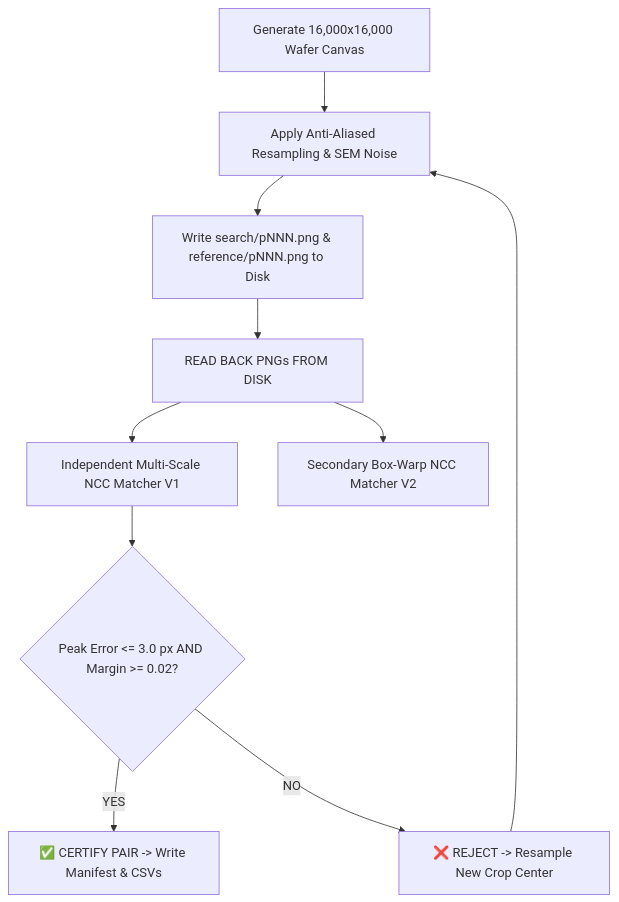
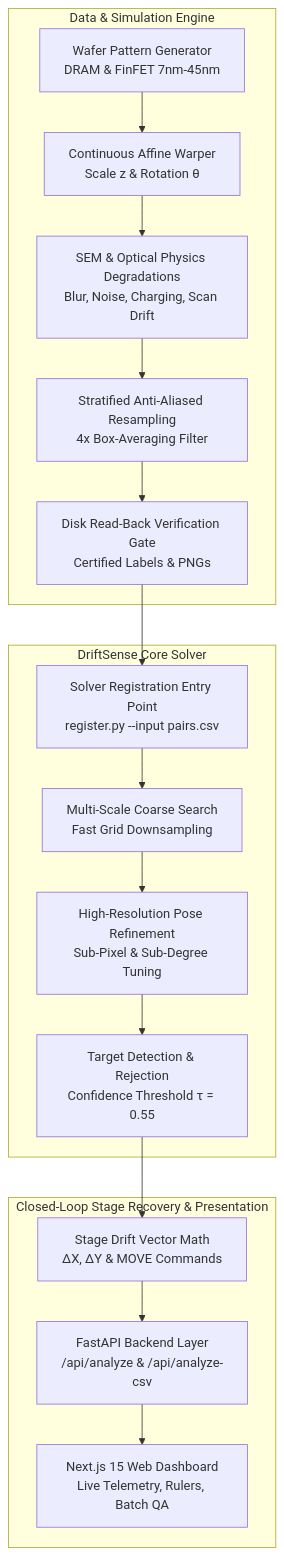
The diagram in README.md (Suryooday/Driftsense), drawn with Mermaid before and after one commit. The commit also changed other lines of this file and 1 other file, not shown here.

Commit message:
docs: Formalize unified DriftSense platform README; verify all CLI contracts and benchmarks

````diff
--- a/README.md
+++ b/README.md
@@ -149,12 +108,22 @@
 ```mermaid
 flowchart TD
-    A[Generate 16,000x16,000 Wafer Canvas] --> B[Apply Anti-Aliased Resampling & SEM Noise]
-    B --> C[Write search/pNNN.png & reference/pNNN.png to Disk]
-    C --> D[READ BACK PNGs FROM DISK]
-    D --> E[Independent Multi-Scale NCC Matcher V1]
-    D --> F[Secondary Box-Warp NCC Matcher V2]
-    E --> G{Peak Error <= 3.0 px AND Margin >= 0.02?}
-    G -- YES --> H[✅ CERTIFY PAIR -> Write Manifest & CSVs]
-    G -- NO --> I[❌ REJECT -> Resample New Crop Center]
-    I --> B
+    subgraph Data & Simulation Engine
+        A[Wafer Pattern Generator<br/>DRAM & FinFET 7nm-45nm] --> B[Continuous Affine Warper<br/>Scale z & Rotation θ]
+        B --> C[SEM & Optical Physics Degradations<br/>Blur, Noise, Charging, Scan Drift]
+        C --> D[Stratified Anti-Aliased Resampling<br/>4x Box-Averaging Filter]
+        D --> E[Disk Read-Back Verification Gate<br/>Certified Labels & PNGs]
+    end
+
+    subgraph DriftSense Core Solver
+        E --> F[Solver Registration Entry Point<br/>register.py --input pairs.csv]
+        F --> G[Multi-Scale Coarse Search<br/>Fast Grid Downsampling]
+        G --> H[High-Resolution Pose Refinement<br/>Sub-Pixel & Sub-Degree Tuning]
+        H --> I[Target Detection & Rejection<br/>Confidence Threshold τ = 0.55]
+    end
+
+    subgraph Closed-Loop Stage Recovery & Presentation
+        I --> J[Stage Drift Vector Math<br/>ΔX, ΔY & MOVE Commands]
+        J --> K[FastAPI Backend Layer<br/>/api/analyze & /api/analyze-csv]
+        K --> L[Next.js 15 Web Dashboard<br/>Live Telemetry, Rulers, Batch QA]
+    end
 ```
````
